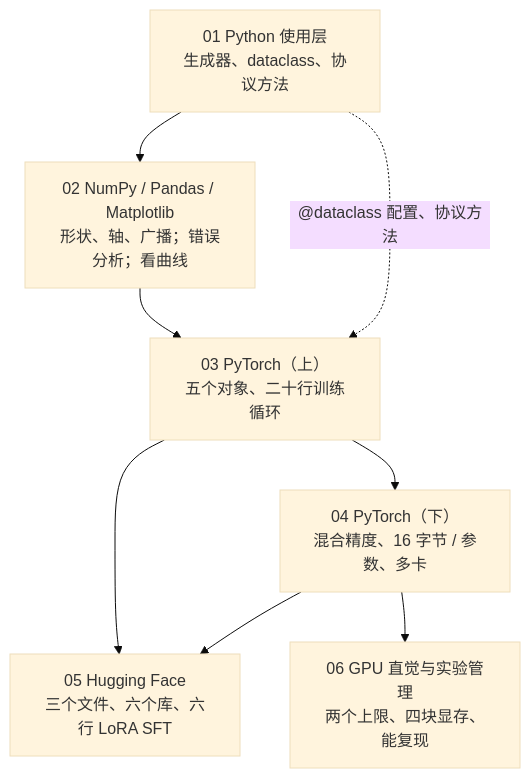
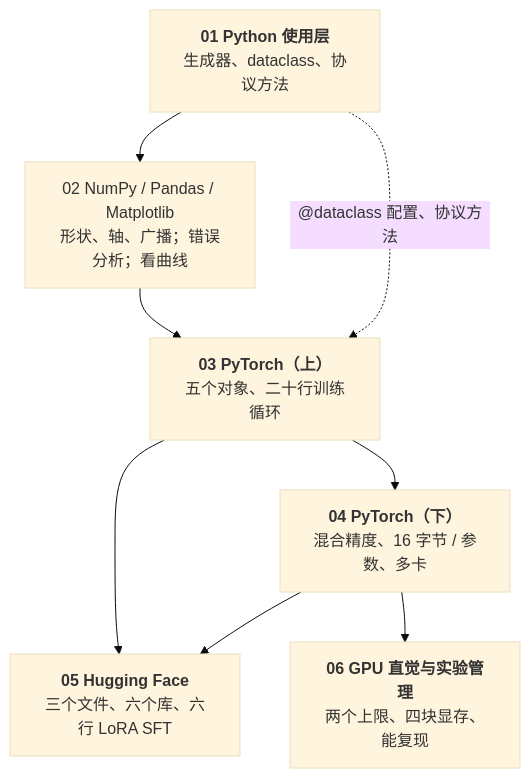
One commit to arganzheng/arganzheng.github.com changed the diagram in _posts/2026-01-22-algorithm-tooling-series-recap-and-self-test.md. Above: the diagram before and after it, drawn with Mermaid (base theme). The commit also changed 4 other files, not shown here.

First line of the commit message:
算法工程师的工具箱：从一个想法到一次能跑的实验：Mermaid 多行方框的首行标为标题（5 篇）

````diff
--- a/_posts/2026-01-22-algorithm-tooling-series-recap-and-self-test.md
+++ b/_posts/2026-01-22-algorithm-tooling-series-recap-and-self-test.md
@@ -19,12 +19,12 @@
 ```mermaid
 %%{init: {"flowchart": {"wrappingWidth": 170}}}%%
 %% 图：工具箱系列全景：Python → 三剑客 → PyTorch 上下 → Hugging Face → GPU 直觉
 flowchart TB
-    P1["01 Python 使用层<br/>生成器、dataclass、协议方法"] --> P2["02 NumPy / Pandas / Matplotlib<br/>形状、轴、广播；错误分析；看曲线"]
-    P2 --> P3["03 PyTorch（上）<br/>五个对象、二十行训练循环"]
-    P3 --> P4["04 PyTorch（下）<br/>混合精度、16 字节 / 参数、多卡"]
-    P3 & P4 --> P5["05 Hugging Face<br/>三个文件、六个库、六行 LoRA SFT"]
-    P4 --> P6["06 GPU 直觉与实验管理<br/>两个上限、四块显存、能复现"]
+    P1["<b>01 Python 使用层</b><br/>生成器、dataclass、协议方法"] --> P2["02 NumPy / Pandas / Matplotlib<br/>形状、轴、广播；错误分析；看曲线"]
+    P2 --> P3["<b>03 PyTorch（上）</b><br/>五个对象、二十行训练循环"]
+    P3 --> P4["<b>04 PyTorch（下）</b><br/>混合精度、16 字节 / 参数、多卡"]
+    P3 & P4 --> P5["<b>05 Hugging Face</b><br/>三个文件、六个库、六行 LoRA SFT"]
+    P4 --> P6["<b>06 GPU 直觉与实验管理</b><br/>两个上限、四块显存、能复现"]
     P1 -. "@dataclass 配置、协议方法" .-> P3
 
 ```
````
